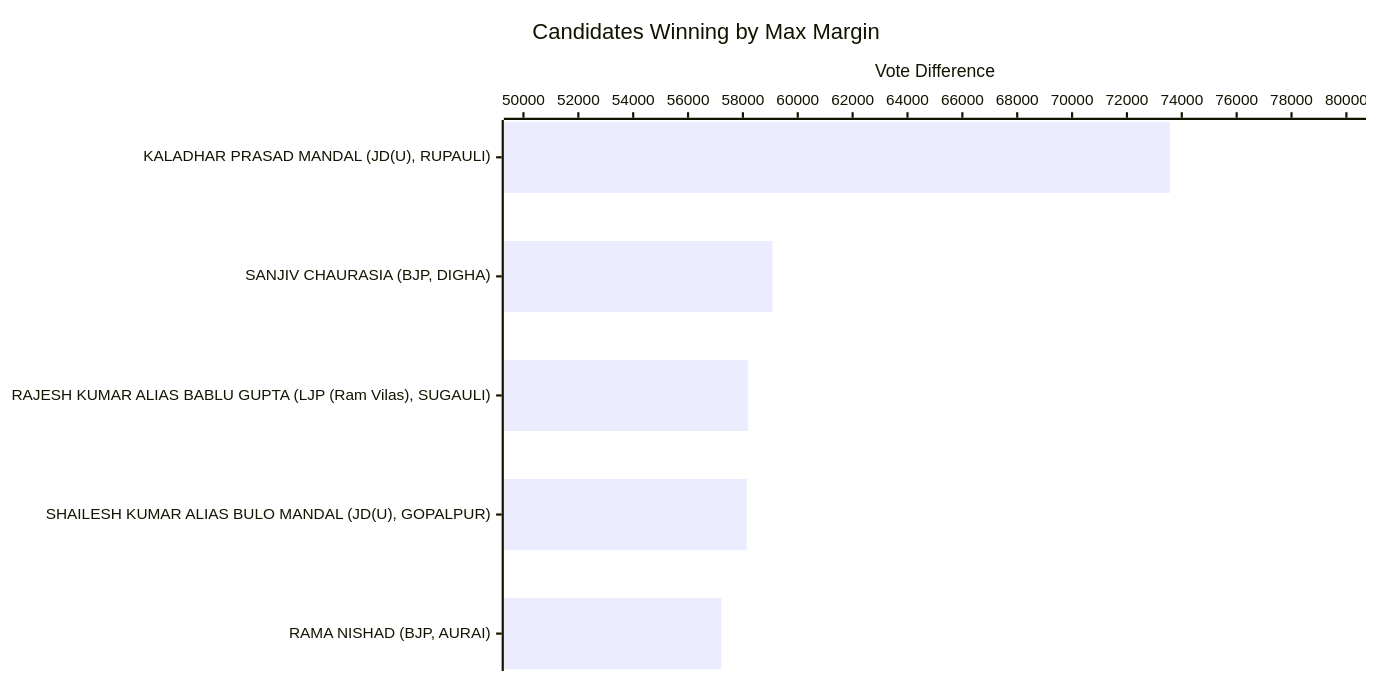
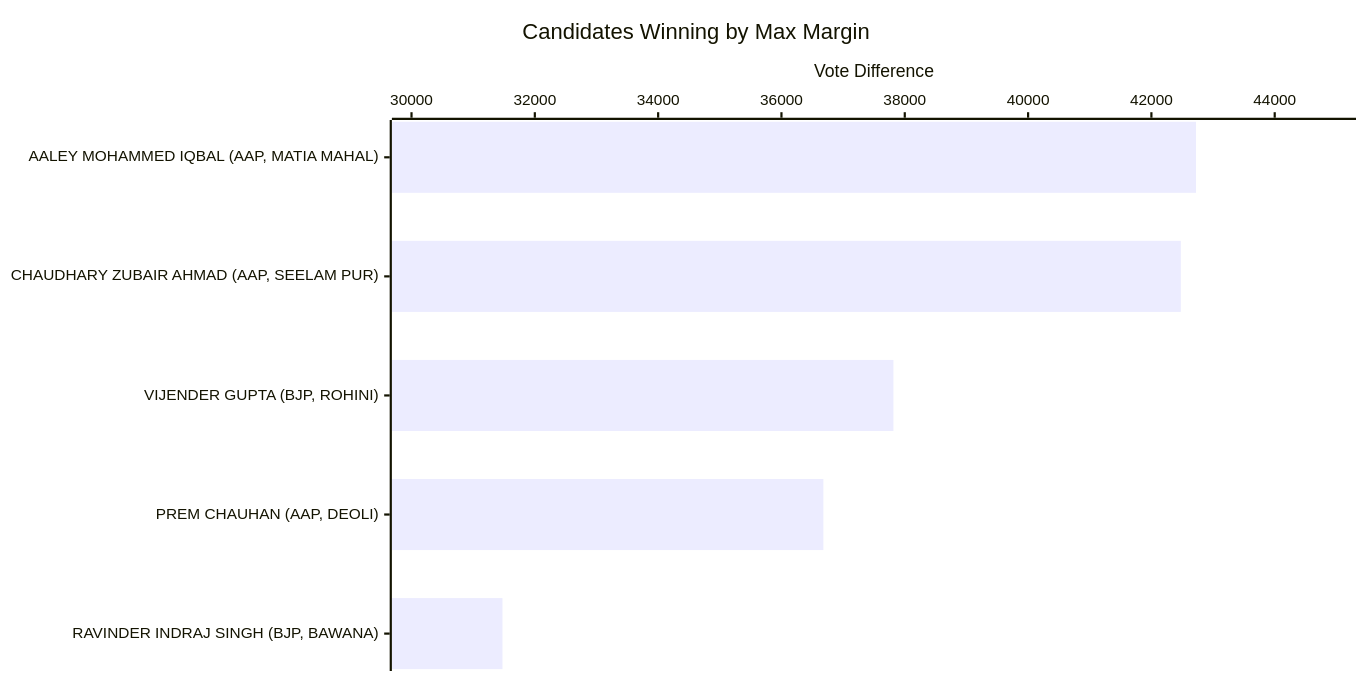
One commit to arjunswaj/elections changed the fifth of 23 diagrams in BIHAR-GRAPH.md. Above: the diagram before and after it, drawn with Mermaid. The commit also changed other lines of this file and 9 other files, not shown here.

````diff
--- a/BIHAR-GRAPH.md
+++ b/BIHAR-GRAPH.md
@@ -131,17 +131,17 @@
 ```mermaid
 ---
 config:
     xyChart:
         width: 1200
         height: 600
         chartOrientation: horizontal
         dataLabels:
             enabled: true
             placement: end
 ---
 xychart-beta
     title "Candidates Winning by Max Margin"
-    x-axis ["KALADHAR PRASAD MANDAL (JD(U), RUPAULI)", "SANJIV CHAURASIA (BJP, DIGHA)", "RAJESH KUMAR ALIAS BABLU GUPTA (LJP (Ram Vilas), SUGAULI)", "SHAILESH KUMAR ALIAS BULO MANDAL (JD(U), GOPALPUR)", "RAMA NISHAD (BJP, AURAI)"]
-    y-axis "Vote Difference" 50000 --> 80000
-    bar [73572, 59079, 58191, 58135, 57206]
+    x-axis ["AALEY MOHAMMED IQBAL (AAP, MATIA MAHAL)", "CHAUDHARY ZUBAIR AHMAD (AAP, SEELAM PUR)", "VIJENDER GUPTA (BJP, ROHINI)", "PREM CHAUHAN (AAP, DEOLI)", "RAVINDER INDRAJ SINGH (BJP, BAWANA)"]
+    y-axis "Vote Difference" 30000 --> 45000
+    bar [42724, 42477, 37816, 36680, 31475]
 ```
````
